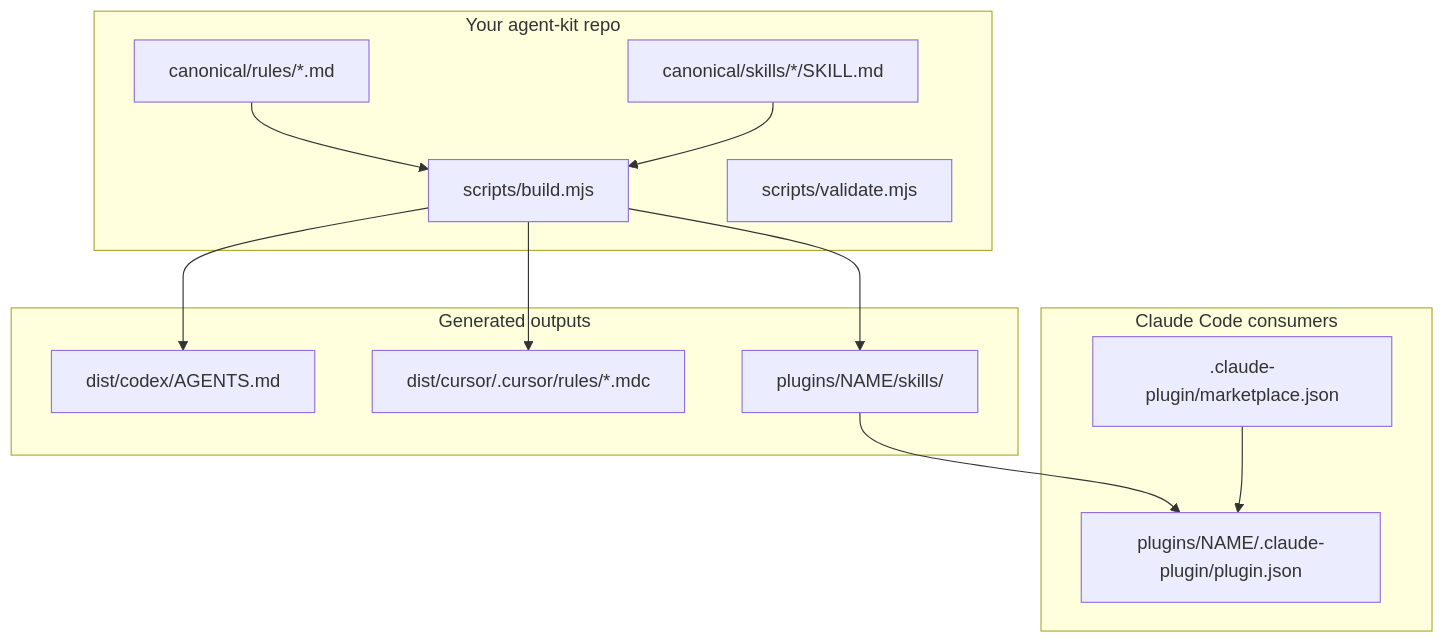
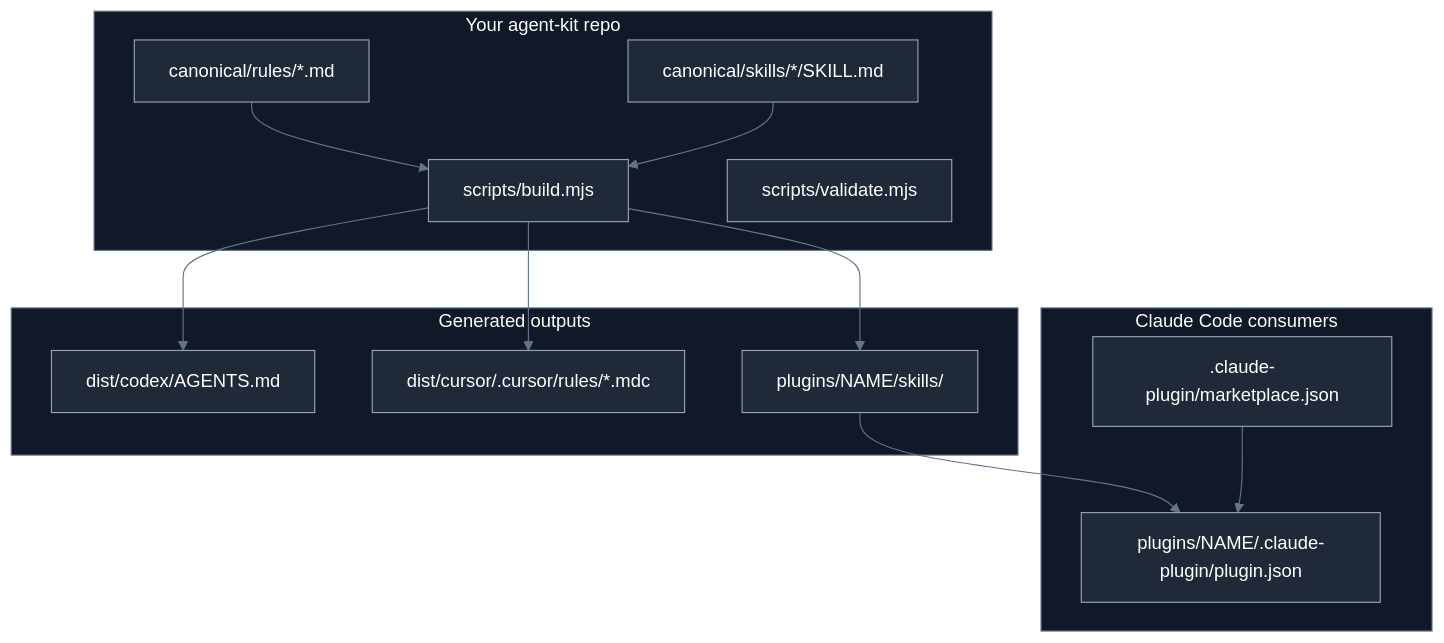
The diagram in docs/user/agent-kit.md (Tamircohen28/tamirs-superpowers), drawn with Mermaid before and after one commit. The commit also changed other lines of this file and 177 other files, not shown here.

First line of the commit message:
feat(docs): dark Mermaid theme + two-link footer, one checker (#373)

````diff
--- a/docs/user/agent-kit.md
+++ b/docs/user/agent-kit.md
@@ -24,25 +24,26 @@
 ```mermaid
+%%{init: {"theme":"base","themeVariables":{"darkMode":true,"background":"#0b0e14","primaryColor":"#1f2937","primaryTextColor":"#ffffff","primaryBorderColor":"#94a3b8","secondaryColor":"#334155","secondaryTextColor":"#ffffff","tertiaryColor":"#111827","tertiaryTextColor":"#ffffff","lineColor":"#64748b","textColor":"#ffffff","edgeLabelBackground":"#1f2937","clusterBkg":"#111827","clusterBorder":"#64748b","actorBkg":"#1f2937","actorBorder":"#94a3b8","actorTextColor":"#ffffff","actorLineColor":"#64748b","signalColor":"#64748b","signalTextColor":"#64748b","labelBoxBkgColor":"#1f2937","labelBoxBorderColor":"#94a3b8","labelTextColor":"#ffffff","loopTextColor":"#ffffff","noteBkgColor":"#334155","noteTextColor":"#ffffff","noteBorderColor":"#94a3b8","activationBkgColor":"#334155","activationBorderColor":"#94a3b8"}}}%%
 flowchart TB
   subgraph source [Your agent-kit repo]
     canonical_rules["canonical/rules/*.md"]
     canonical_skills["canonical/skills/*/SKILL.md"]
     build["scripts/build.mjs"]
     validate["scripts/validate.mjs"]
   end
   subgraph outputs [Generated outputs]
     dist_codex["dist/codex/AGENTS.md"]
     dist_cursor["dist/cursor/.cursor/rules/*.mdc"]
     plugin_skills["plugins/NAME/skills/"]
   end
   subgraph claude [Claude Code consumers]
     marketplace[".claude-plugin/marketplace.json"]
     plugin_json["plugins/NAME/.claude-plugin/plugin.json"]
   end
   canonical_rules --> build
   canonical_skills --> build
   build --> dist_codex
   build --> dist_cursor
   build --> plugin_skills
   plugin_skills --> plugin_json
   marketplace --> plugin_json
 ```
````
